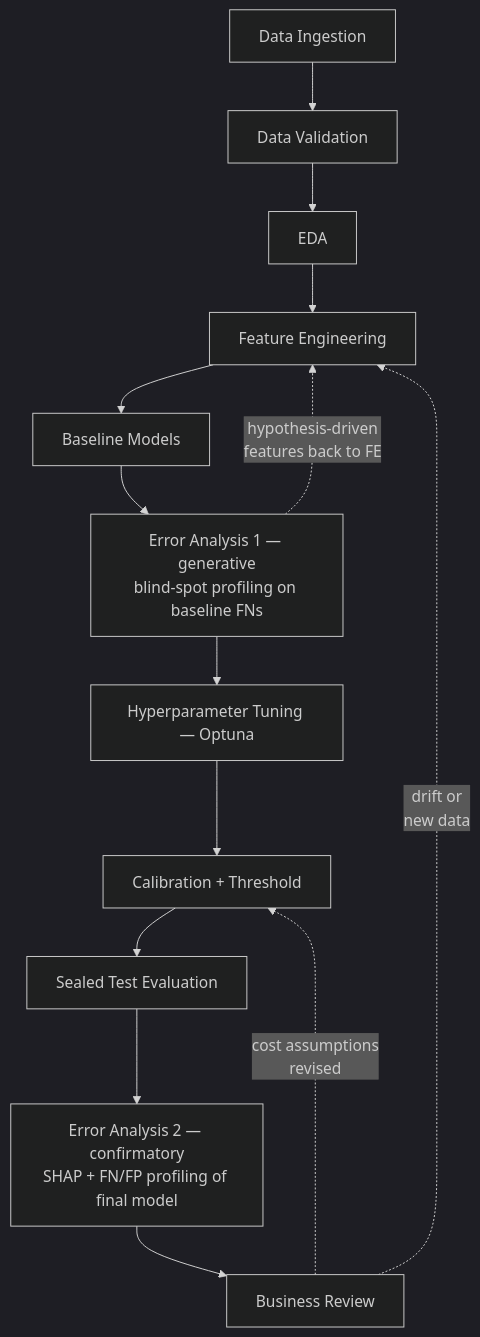
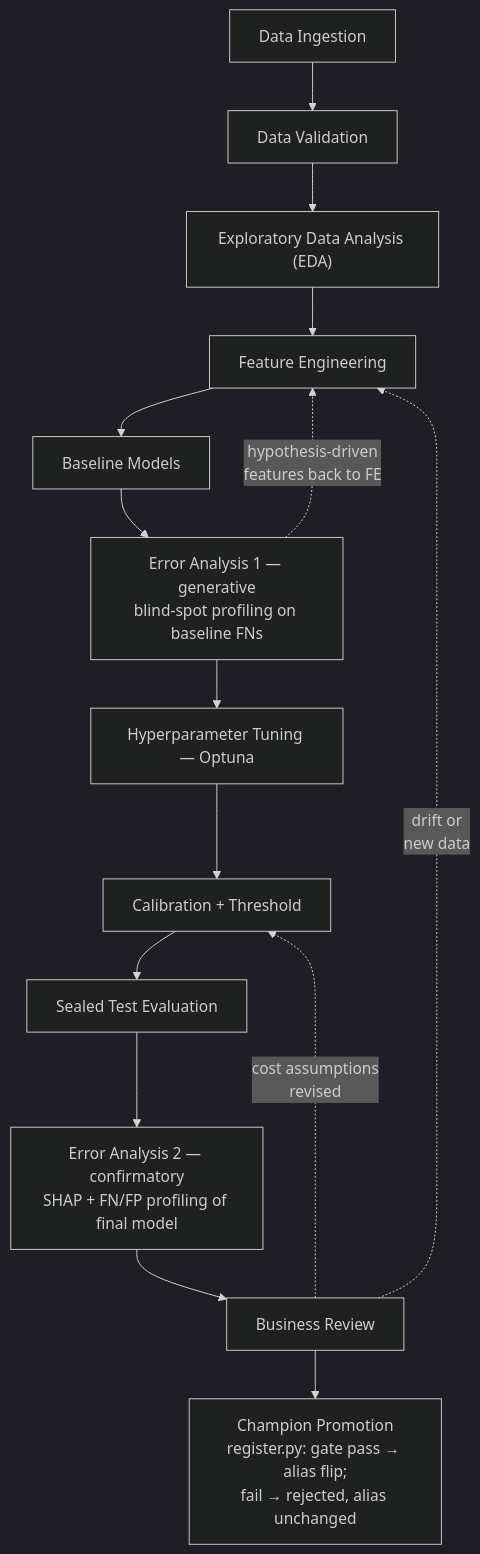
The second of 5 diagrams in docs/architecture.md (Ampofowaa/TelcoChurn_PortfolioProject), drawn with Mermaid (dark theme) before and after one commit. The commit also changed other lines of this file and 89 other files, not shown here.

First line of the commit message:
Phase 7: sealed-test evaluation, error analysis, and registry promotion (#17)

````diff
--- a/docs/architecture.md
+++ b/docs/architecture.md
@@ -38,16 +38,17 @@
 ```mermaid
 flowchart TD
     A[Data Ingestion] --> B[Data Validation]
-    B --> C[EDA]
+    B --> C["Exploratory Data Analysis (EDA)"]
     C --> D[Feature Engineering]
     D --> E[Baseline Models]
     E --> F["Error Analysis 1 — generative\nblind-spot profiling on baseline FNs"]
     F -.->|"hypothesis-driven\nfeatures back to FE"| D
     F --> G[Hyperparameter Tuning — Optuna]
     G --> H[Calibration + Threshold]
     H --> I[Sealed Test Evaluation]
     I --> J["Error Analysis 2 — confirmatory\nSHAP + FN/FP profiling of final model"]
     J --> K[Business Review]
+    K --> L["Champion Promotion\nregister.py: gate pass → alias flip;\nfail → rejected, alias unchanged"]
     K -.->|"cost assumptions\nrevised"| H
     K -.->|"drift or\nnew data"| D
 ```
````
